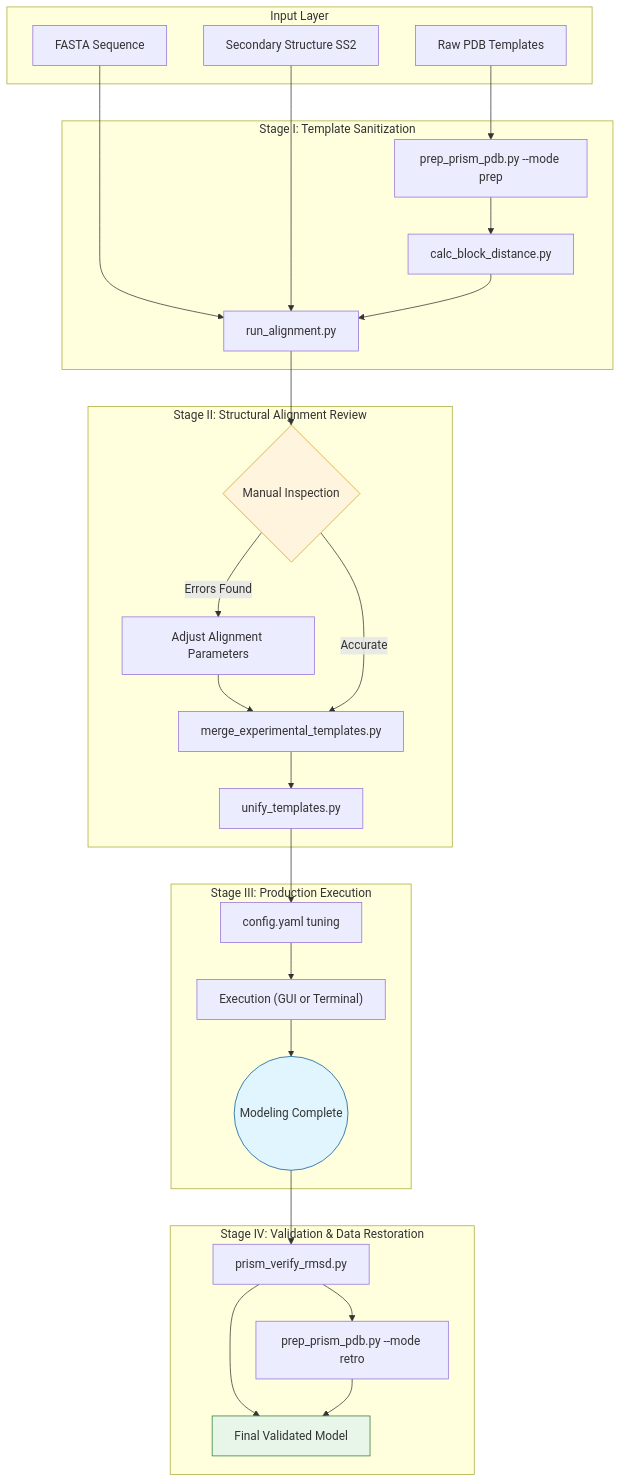
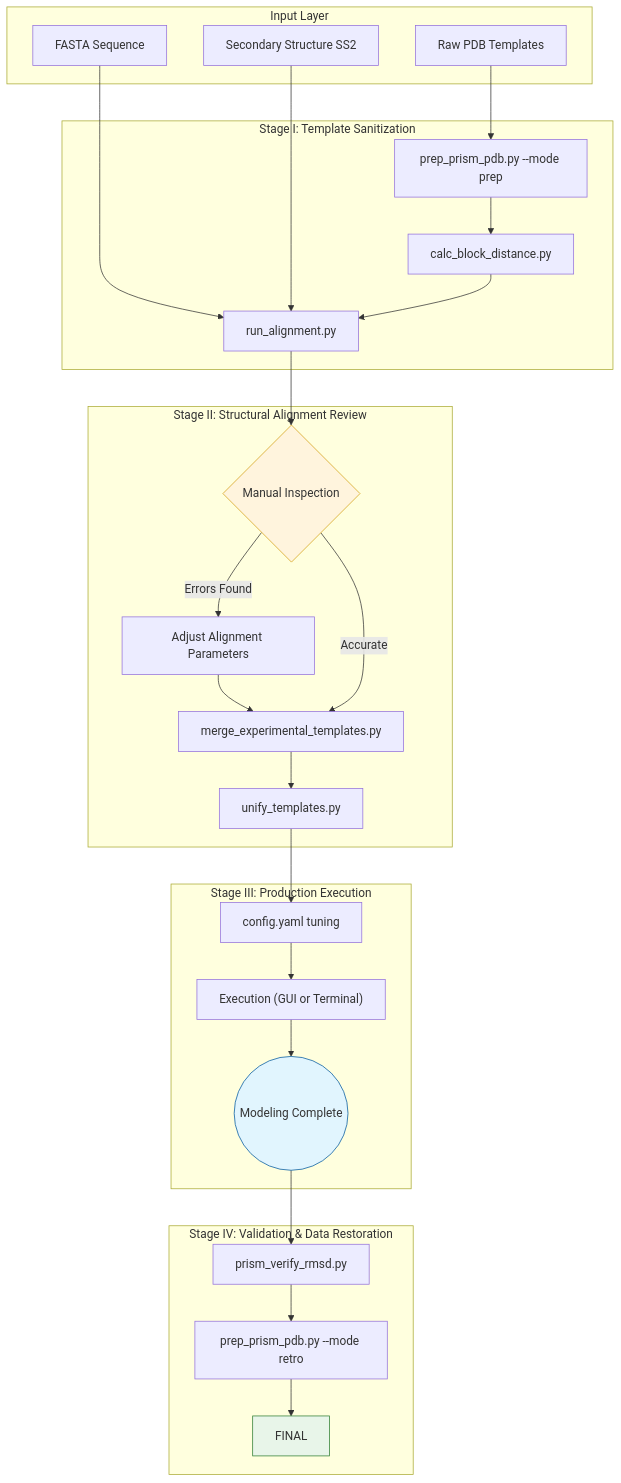
The diagram in README.md (richardloopez/PRISM_Protected-Region-Insertion-Suite-for-Modeling), drawn with Mermaid before and after one commit.

Commit message:
Update validation flow in README
Remove direct connection from RMSD to Final Validated Model.

````diff
--- a/README.md
+++ b/README.md
@@ -198,41 +198,40 @@
 ```mermaid
 graph TD
     subgraph "Input Layer"
         A[Raw PDB Templates]
         B[FASTA Sequence]
         C[Secondary Structure SS2]
     end
 
     subgraph "Stage I: Template Sanitization"
         A --> PREP[prep_prism_pdb.py --mode prep]
         PREP --> DIST[calc_block_distance.py]
         B --> ALIGN
         C --> ALIGN
         DIST --> ALIGN[run_alignment.py]
     end
 
     subgraph "Stage II: Structural Alignment Review"
         ALIGN --> REV{Manual Inspection}
         REV -- "Errors Found" --> FIX[Adjust Alignment Parameters]
         FIX --> MERGE[merge_experimental_templates.py]
         REV -- "Accurate" --> MERGE
         MERGE --> UNIFY[unify_templates.py]
     end
 
     subgraph "Stage III: Production Execution"
         UNIFY --> CONFIG[config.yaml tuning]
         CONFIG --> EXEC["Execution (GUI or Terminal)"]
         EXEC --> COMP((Modeling Complete))
     end
 
     subgraph "Stage IV: Validation & Data Restoration"
         COMP --> RMSD[prism_verify_rmsd.py]
-        RMSD --> FINAL[Final Validated Model]
         RMSD --> RETRO[prep_prism_pdb.py --mode retro]
         RETRO --> FINAL
     end
 
     style REV fill:#fff4dd,stroke:#d4a017
     style COMP fill:#e1f5fe,stroke:#01579b
     style FINAL fill:#e8f5e9,stroke:#2e7d32
 ```
````
